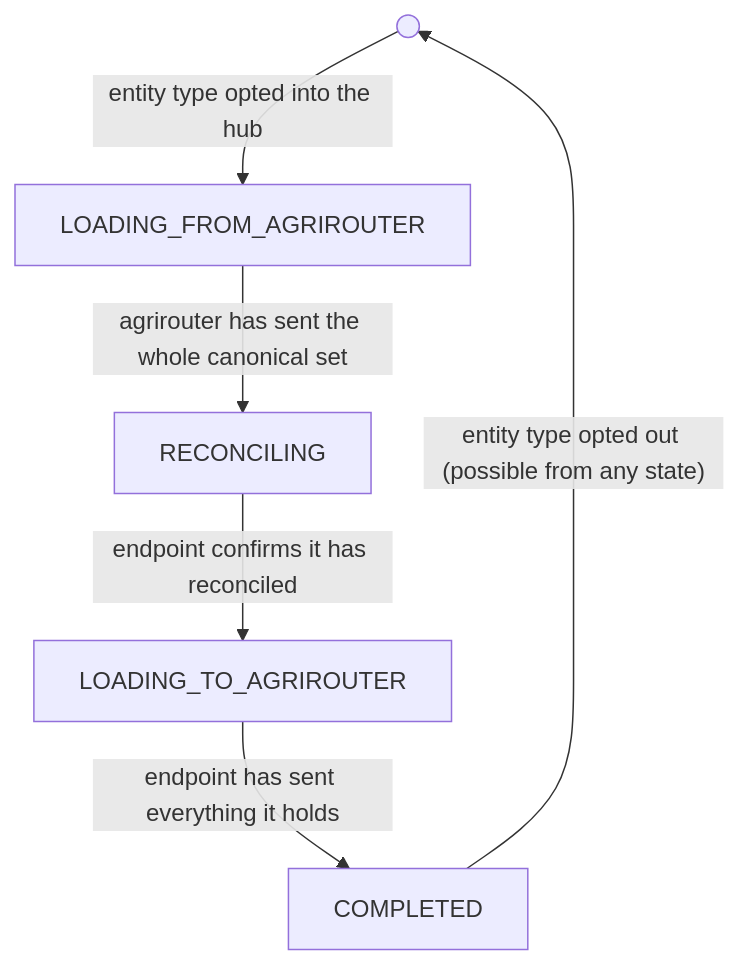
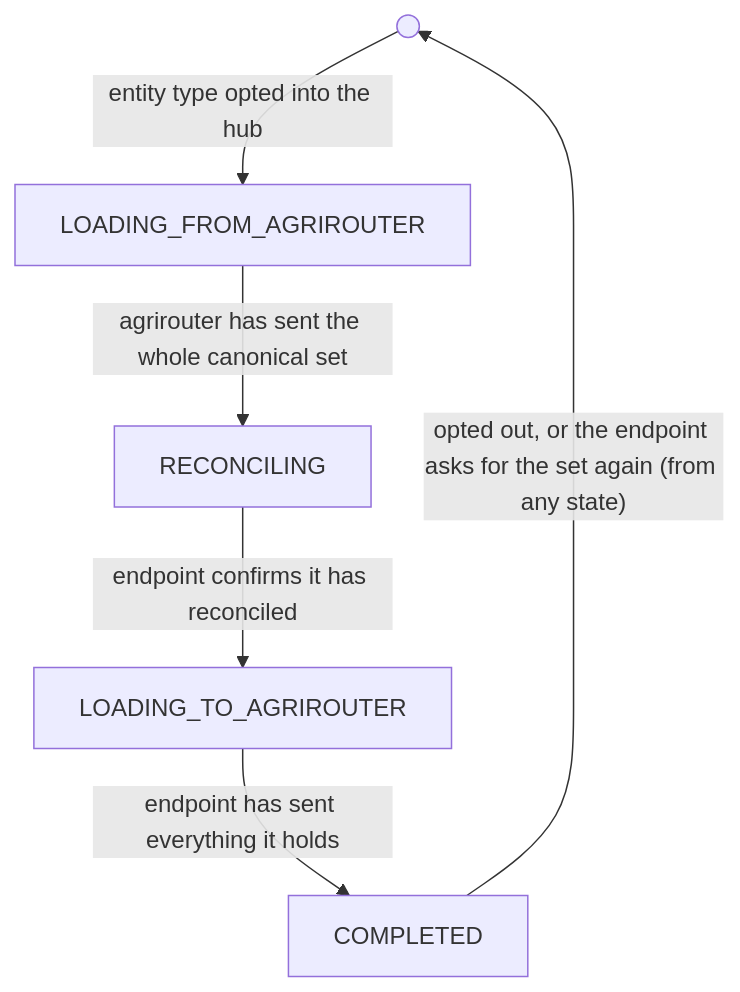
Before and after one commit to DKE-Data/masterdata-sync-working-group: the first of 3 diagrams in architecture/06-initial-load.md, drawn with Mermaid. The commit also changed other lines of this file and 4 other files, not shown here.

````diff
--- a/architecture/06-initial-load.md
+++ b/architecture/06-initial-load.md
@@ -27,15 +27,15 @@
 ```mermaid
 flowchart TB
     START(( ))
     LF["LOADING_FROM_AGRIROUTER"]
     R["RECONCILING"]
     LT["LOADING_TO_AGRIROUTER"]
     C["COMPLETED"]
     START -->|"entity type opted into the hub"| LF
     LF -->|"agrirouter has sent the whole canonical set"| R
     R -->|"endpoint confirms it has reconciled"| LT
     LT -->|"endpoint has sent everything it holds"| C
-    C -->|"entity type opted out (possible from any state)"| START
+    C -->|"opted out, or the endpoint asks for the set again (from any state)"| START
     %% ceasg:{"id":"6kuwmm6w"} %%
     %% mermaid-flow:pos START=119,100 LF=276,230 R=280,354 LT=259,477 C=119,590
 ```
````
